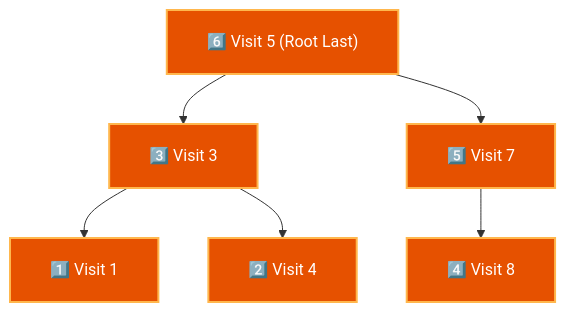
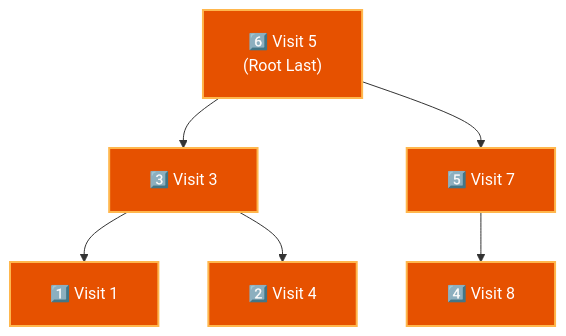
One commit to dip4k/DSA_102 changed the fifth of 20 diagrams in week_07_trees_and_balanced_search_trees/WEEK_07_FULL_PLAYBOOK.md. Above: the diagram before and after it, drawn with Mermaid. The commit also changed other lines of this file and 106 other files, not shown here.

First line of the commit message:
fix(mermaid): prevent text clipping with foreignObject overflow and tighter line wrapping

````diff
--- a/week_07_trees_and_balanced_search_trees/WEEK_07_FULL_PLAYBOOK.md
+++ b/week_07_trees_and_balanced_search_trees/WEEK_07_FULL_PLAYBOOK.md
@@ -265,18 +265,18 @@
 ```mermaid
-%%{init: {"flowchart": {"htmlLabels": true, "padding": 20}}}%%
+%%{init: {"flowchart": {"htmlLabels": true, "padding": 20}, "themeCSS": "foreignObject { overflow: visible !important; }"}}%%
 flowchart TD
-    O5["6️⃣ Visit 5 (Root Last)"]:::stepNode
+    O5["6️⃣ Visit 5<br/>(Root Last)"]:::stepNode
     O3["3️⃣ Visit 3"]:::stepNode
     O7["5️⃣ Visit 7"]:::stepNode
     O1["1️⃣ Visit 1"]:::stepNode
     O4["2️⃣ Visit 4"]:::stepNode
     O8["4️⃣ Visit 8"]:::stepNode
 
     O5 --> O3
     O5 --> O7
     O3 --> O1
     O3 --> O4
     O7 --> O8
 
     classDef stepNode fill:#e65100,stroke:#ffb74d,stroke-width:2px,color:#ffffff
 ```
````
